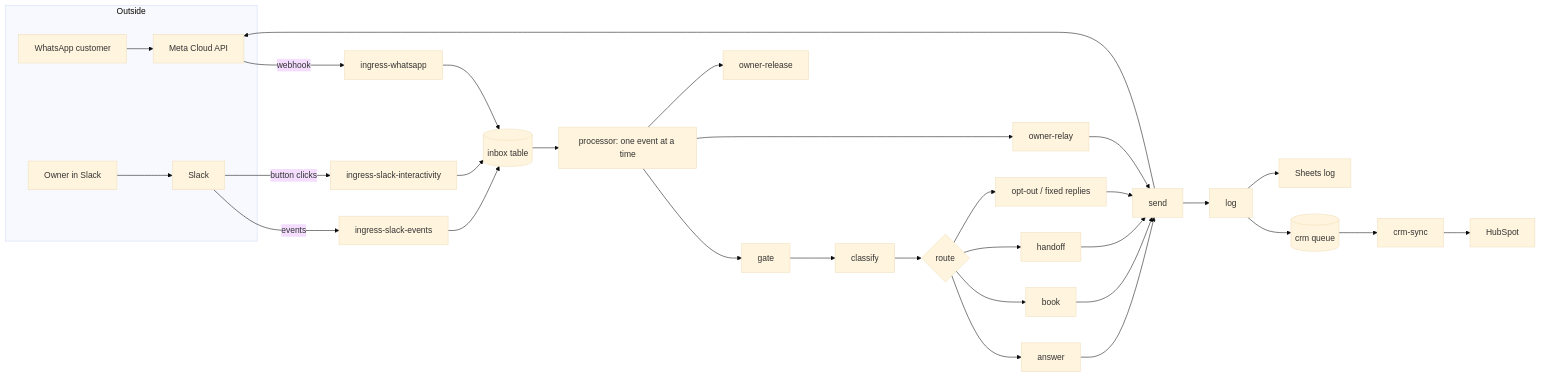
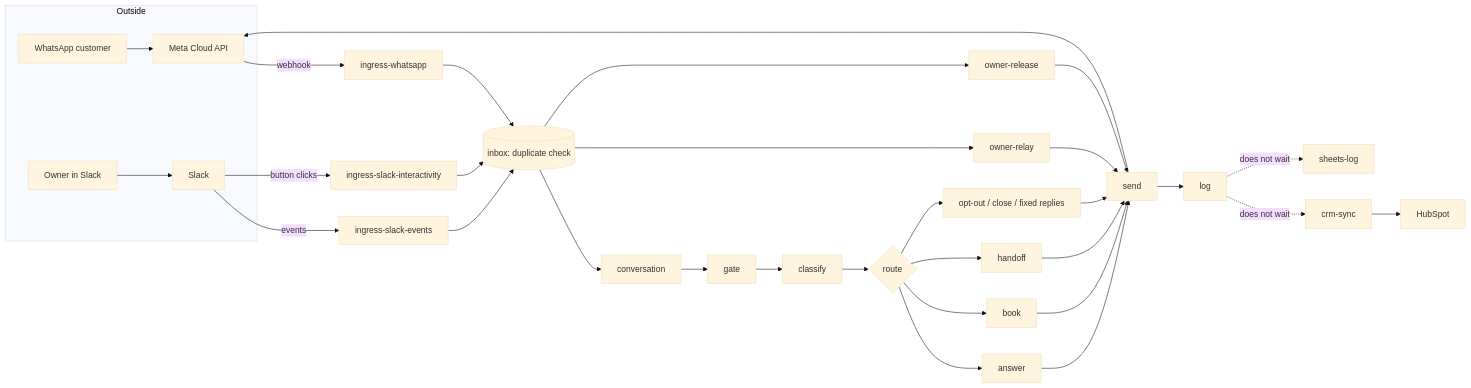
One commit to YomYom23/n8n-whatsapp-agent changed the diagram in docs/designs/whatsapp-agent.md. Above: the diagram before and after it, drawn with Mermaid (base theme). The commit also changed other lines of this file and 9 other files, not shown here.

````diff
--- a/docs/designs/whatsapp-agent.md
+++ b/docs/designs/whatsapp-agent.md
@@ -133,32 +170,31 @@
 ```mermaid
 flowchart LR
   subgraph Outside
     WA[WhatsApp customer] --> Meta[Meta Cloud API]
     Owner[Owner in Slack] --> Slack[Slack]
   end
   Meta -->|webhook| IW[ingress-whatsapp]
   Slack -->|events| IS[ingress-slack-events]
   Slack -->|button clicks| II[ingress-slack-interactivity]
-  IW --> Inbox[(inbox table)]
-  IS --> Inbox
-  II --> Inbox
-  Inbox --> P[processor: one event at a time]
-  P --> G[gate]
-  G --> C[classify]
-  C --> R{route}
+  IW --> D[(inbox: duplicate check)]
+  IS --> D
+  II --> D
+  D --> CV[conversation]
+  CV --> G[gate] --> C[classify] --> R{route}
   R --> A[answer]
   R --> B[book]
   R --> H[handoff]
-  R --> O[opt-out / fixed replies]
-  P --> OR[owner-relay]
-  P --> REL[owner-release]
+  R --> O[opt-out / close / fixed replies]
+  D --> OR[owner-relay]
+  D --> REL[owner-release]
   A --> S[send]
   B --> S
   H --> S
   O --> S
   OR --> S
+  REL --> S
   S --> Meta
   S --> L[log]
-  L --> CRM[(crm queue)] --> CS[crm-sync] --> HubSpot
-  L --> SH[Sheets log]
+  L -.->|does not wait| CS[crm-sync] --> HubSpot
+  L -.->|does not wait| SH[sheets-log]
 ```
````
